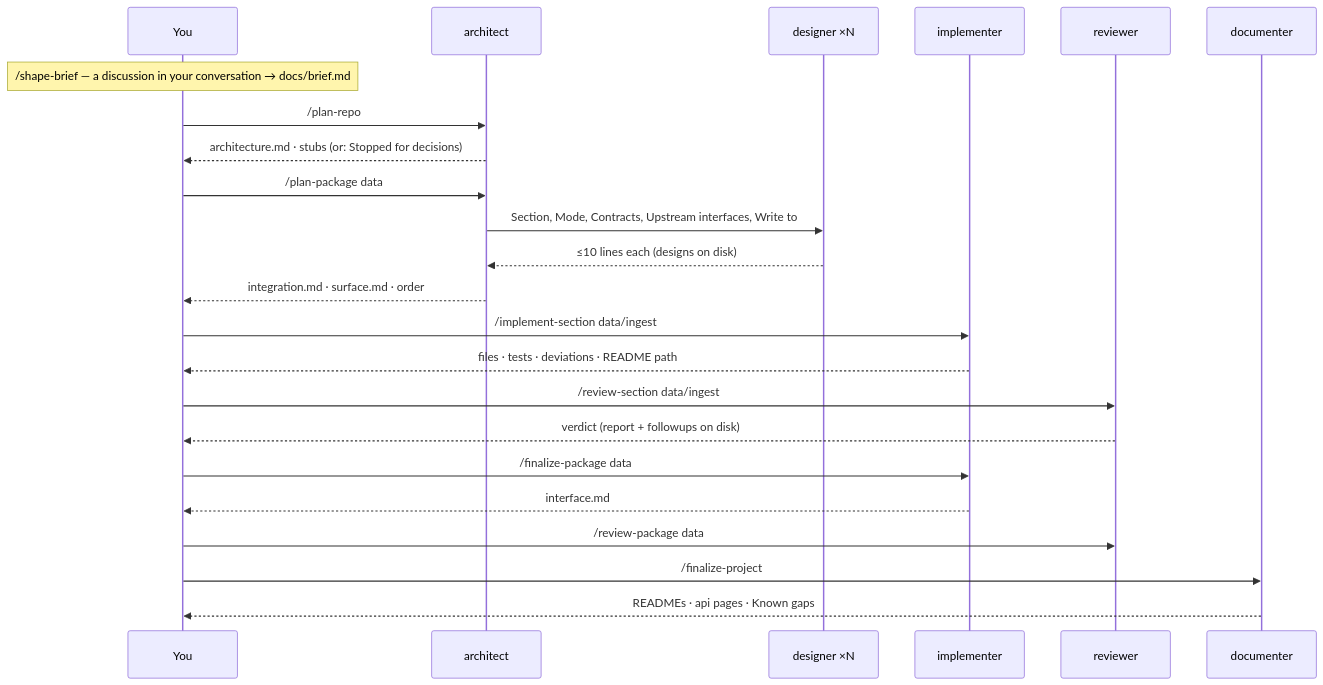
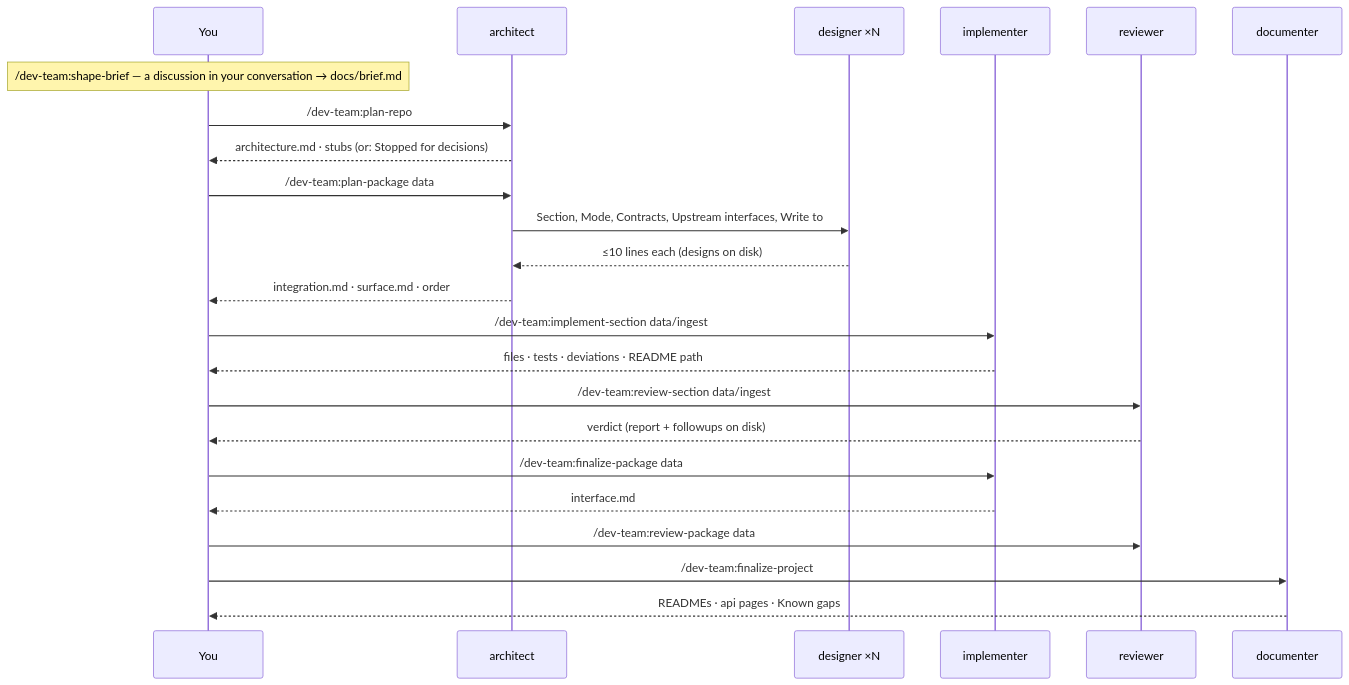
The third of 3 diagrams in dev-team/site/flow.md (cott435/cott-plugins), drawn with Mermaid before and after one commit. The commit also changed other lines of this file and 22 other files, not shown here.

First line of the commit message:
dev-team 0.3.1 + plugin-dev 0.4.0: one statement per rule, and the three-file rule now checks itself

````diff
--- a/dev-team/site/flow.md
+++ b/dev-team/site/flow.md
@@ -71,25 +71,25 @@
 ```mermaid
 sequenceDiagram
   participant You
   participant Arch as architect
   participant Des as designer ×N
   participant Impl as implementer
   participant Rev as reviewer
   participant Doc as documenter
-  Note over You: /shape-brief — a discussion in your conversation → docs/brief.md
-  You->>Arch: /plan-repo
+  Note over You: /dev-team:shape-brief — a discussion in your conversation → docs/brief.md
+  You->>Arch: /dev-team:plan-repo
   Arch-->>You: architecture.md · stubs (or: Stopped for decisions)
-  You->>Arch: /plan-package data
+  You->>Arch: /dev-team:plan-package data
   Arch->>Des: Section, Mode, Contracts, Upstream interfaces, Write to
   Des-->>Arch: ≤10 lines each (designs on disk)
   Arch-->>You: integration.md · surface.md · order
-  You->>Impl: /implement-section data/ingest
+  You->>Impl: /dev-team:implement-section data/ingest
   Impl-->>You: files · tests · deviations · README path
-  You->>Rev: /review-section data/ingest
+  You->>Rev: /dev-team:review-section data/ingest
   Rev-->>You: verdict (report + followups on disk)
-  You->>Impl: /finalize-package data
+  You->>Impl: /dev-team:finalize-package data
   Impl-->>You: interface.md
-  You->>Rev: /review-package data
-  You->>Doc: /finalize-project
+  You->>Rev: /dev-team:review-package data
+  You->>Doc: /dev-team:finalize-project
   Doc-->>You: READMEs · api pages · Known gaps
 ```
````
